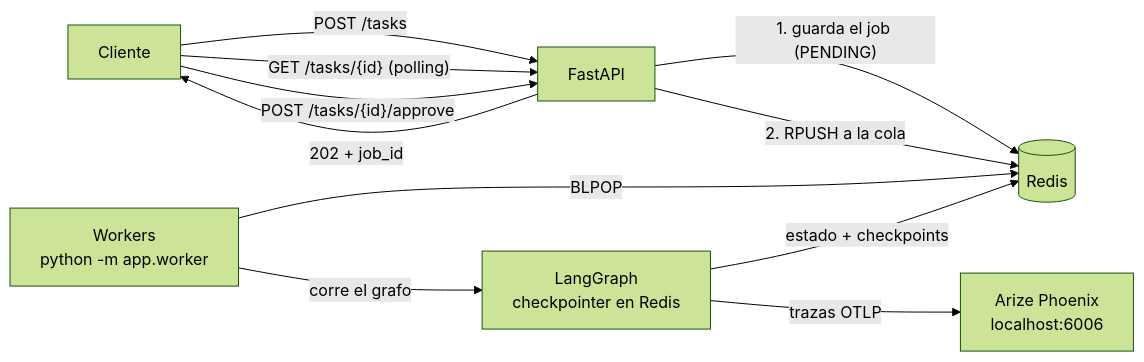
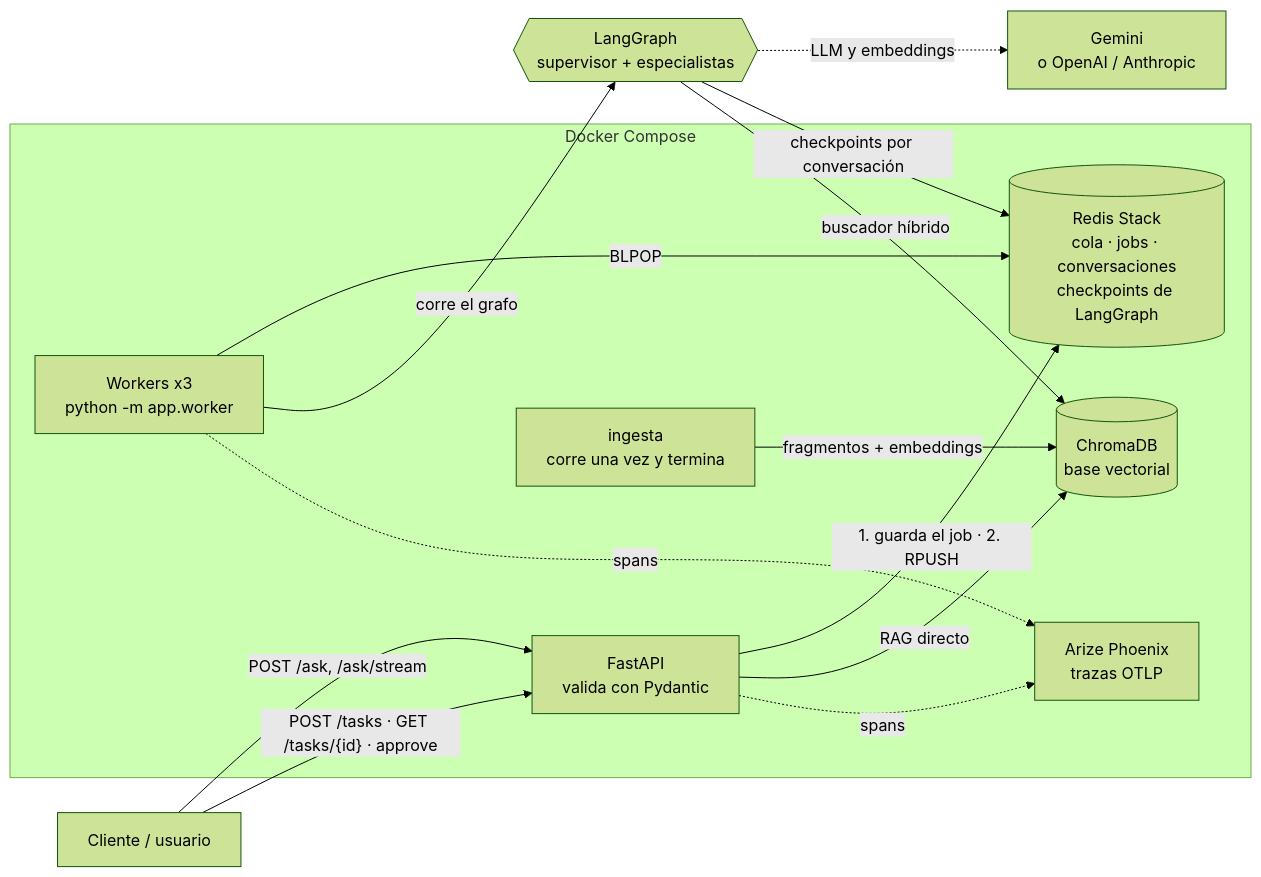
Before and after one commit to devrogerzen/codetest-AI-final: the first of 4 diagrams in README.md, drawn with Mermaid (forest theme). The commit also changed other lines of this file, not shown here.

Commit message:
README: arquitectura, grafo de agentes, RAG, conversaciones, observabilidad con costo por ejecución, decisiones técnicas y resultados

````diff
--- a/README.md
+++ b/README.md
@@ -12,13 +67,25 @@
 ```mermaid
 flowchart LR
-    C[Cliente] -- "POST /tasks" --> A[FastAPI]
-    A -- "1. guarda el job (PENDING)" --> R[(Redis)]
-    A -- "2. RPUSH a la cola" --> R
-    A -- "202 + job_id" --> C
-    W[Workers<br/>python -m app.worker] -- "BLPOP" --> R
-    W -- "corre el grafo" --> G[LangGraph<br/>checkpointer en Redis]
-    G -- "estado + checkpoints" --> R
-    G -- "trazas OTLP" --> P[Arize Phoenix<br/>localhost:6006]
-    C -- "GET /tasks/{id} (polling)" --> A
-    C -- "POST /tasks/{id}/approve" --> A
+    U[Cliente / usuario] -- "POST /ask, /ask/stream" --> API
+    U -- "POST /tasks · GET /tasks/{id} · approve" --> API
+
+    subgraph compose ["Docker Compose"]
+        API[FastAPI<br/>valida con Pydantic]
+        W[Workers x3<br/>python -m app.worker]
+        R[(Redis Stack<br/>cola · jobs · conversaciones<br/>checkpoints de LangGraph)]
+        C[(ChromaDB<br/>base vectorial)]
+        P[Arize Phoenix<br/>trazas OTLP]
+        I[ingesta<br/>corre una vez y termina]
+    end
+
+    API -- "1. guarda el job · 2. RPUSH" --> R
+    W -- "BLPOP" --> R
+    W -- "corre el grafo" --> G{{LangGraph<br/>supervisor + especialistas}}
+    G -- "checkpoints por conversación" --> R
+    G -- "buscador híbrido" --> C
+    API -- "RAG directo" --> C
+    I -- "fragmentos + embeddings" --> C
+    G -. "LLM y embeddings" .-> L[Gemini<br/>o OpenAI / Anthropic]
+    API -. spans .-> P
+    W -. spans .-> P
 ```
````
